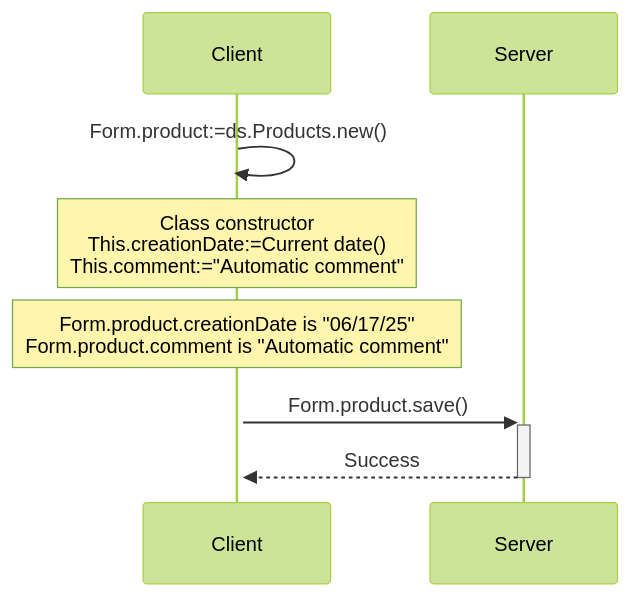
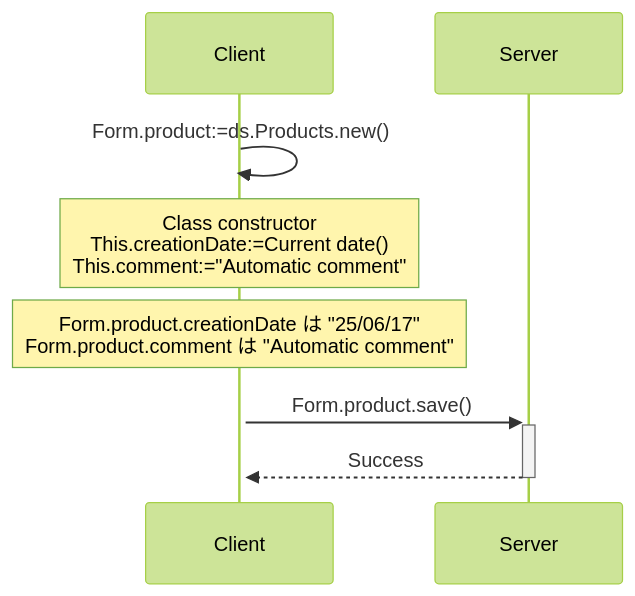
Before and after one commit to doc4d/docs: the first of 4 diagrams in i18n/ja/docusaurus-plugin-content-docs/current/ORDA/ordaClasses.md, drawn with Mermaid (forest theme). The commit also changed other lines of this file, not shown here.

````diff
--- a/i18n/ja/docusaurus-plugin-content-docs/current/ORDA/ordaClasses.md
+++ b/i18n/ja/docusaurus-plugin-content-docs/current/ORDA/ordaClasses.md
@@ -377,16 +377,16 @@
 ```mermaid
 
 sequenceDiagram
 
 Client->>+Client: Form.product:=ds.Products.new()
 
 Note over Client: Class constructor <br> This.creationDate:=Current date() <br>This.comment:="Automatic comment"
 
-Note over Client: Form.product.creationDate is "06/17/25" <br> Form.product.comment is "Automatic comment"
+Note over Client: Form.product.creationDate は "25/06/17" <br> Form.product.comment は "Automatic comment"
 
 Client->>+Server: Form.product.save()
 
 Server-->>-Client: Success
 
 
 ```
````
